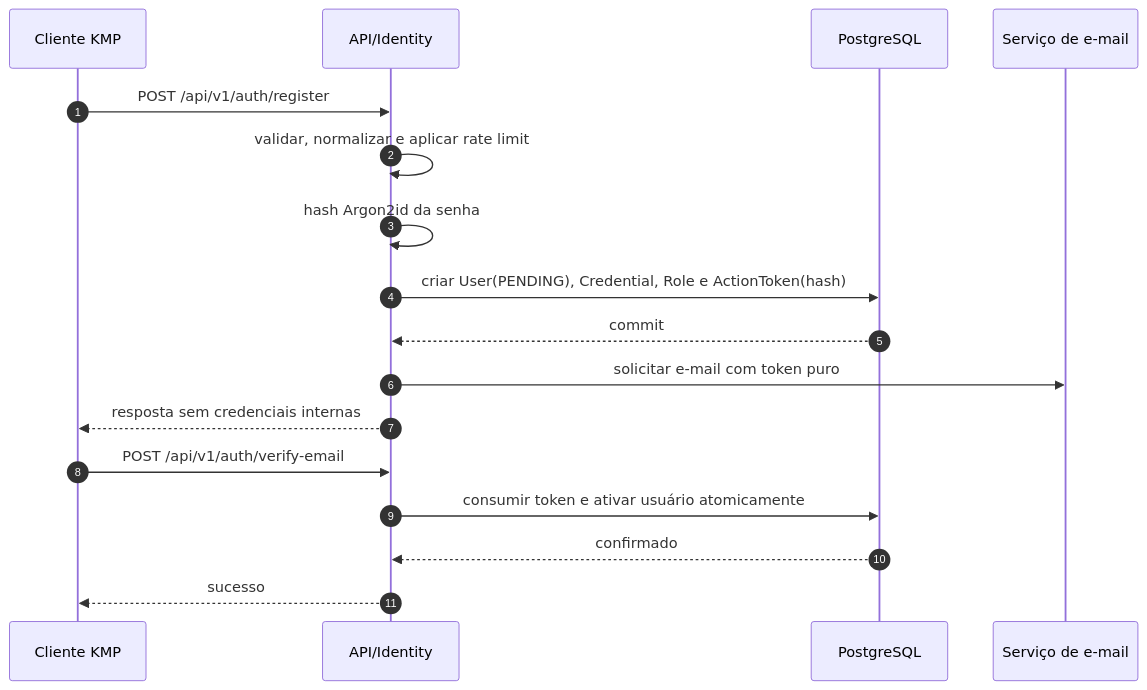
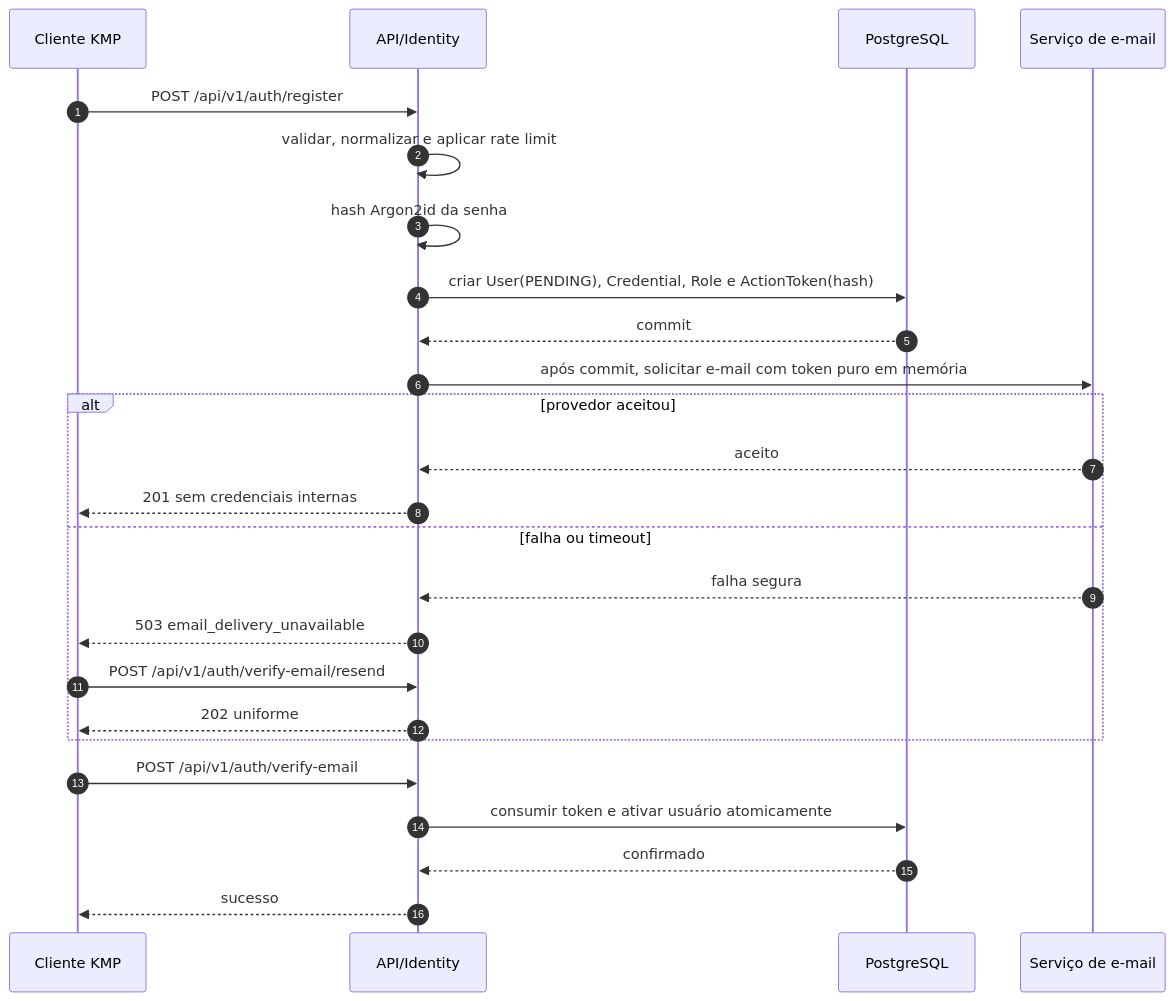
The seventh of 14 diagrams in docs/modelagem.md (Drufontael/mykytadu-api), drawn with Mermaid before and after one commit. The commit also changed other lines of this file and 11 other files, not shown here.

````diff
--- a/docs/modelagem.md
+++ b/docs/modelagem.md
@@ -391,20 +396,28 @@
 ```mermaid
 sequenceDiagram
     autonumber
     participant C as Cliente KMP
     participant A as API/Identity
     participant D as PostgreSQL
     participant E as Serviço de e-mail
 
     C->>A: POST /api/v1/auth/register
     A->>A: validar, normalizar e aplicar rate limit
     A->>A: hash Argon2id da senha
     A->>D: criar User(PENDING), Credential, Role e ActionToken(hash)
     D-->>A: commit
-    A->>E: solicitar e-mail com token puro
-    A-->>C: resposta sem credenciais internas
+    A->>E: após commit, solicitar e-mail com token puro em memória
+    alt provedor aceitou
+        E-->>A: aceito
+        A-->>C: 201 sem credenciais internas
+    else falha ou timeout
+        E-->>A: falha segura
+        A-->>C: 503 email_delivery_unavailable
+        C->>A: POST /api/v1/auth/verify-email/resend
+        A-->>C: 202 uniforme
+    end
     C->>A: POST /api/v1/auth/verify-email
     A->>D: consumir token e ativar usuário atomicamente
     D-->>A: confirmado
     A-->>C: sucesso
 ```
````
